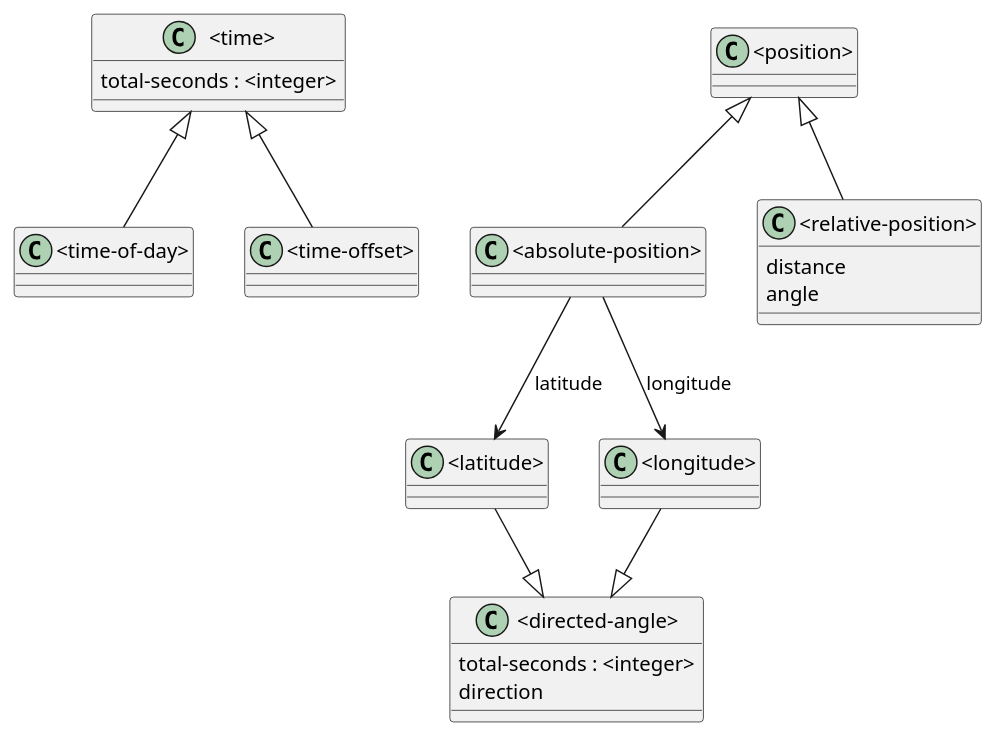
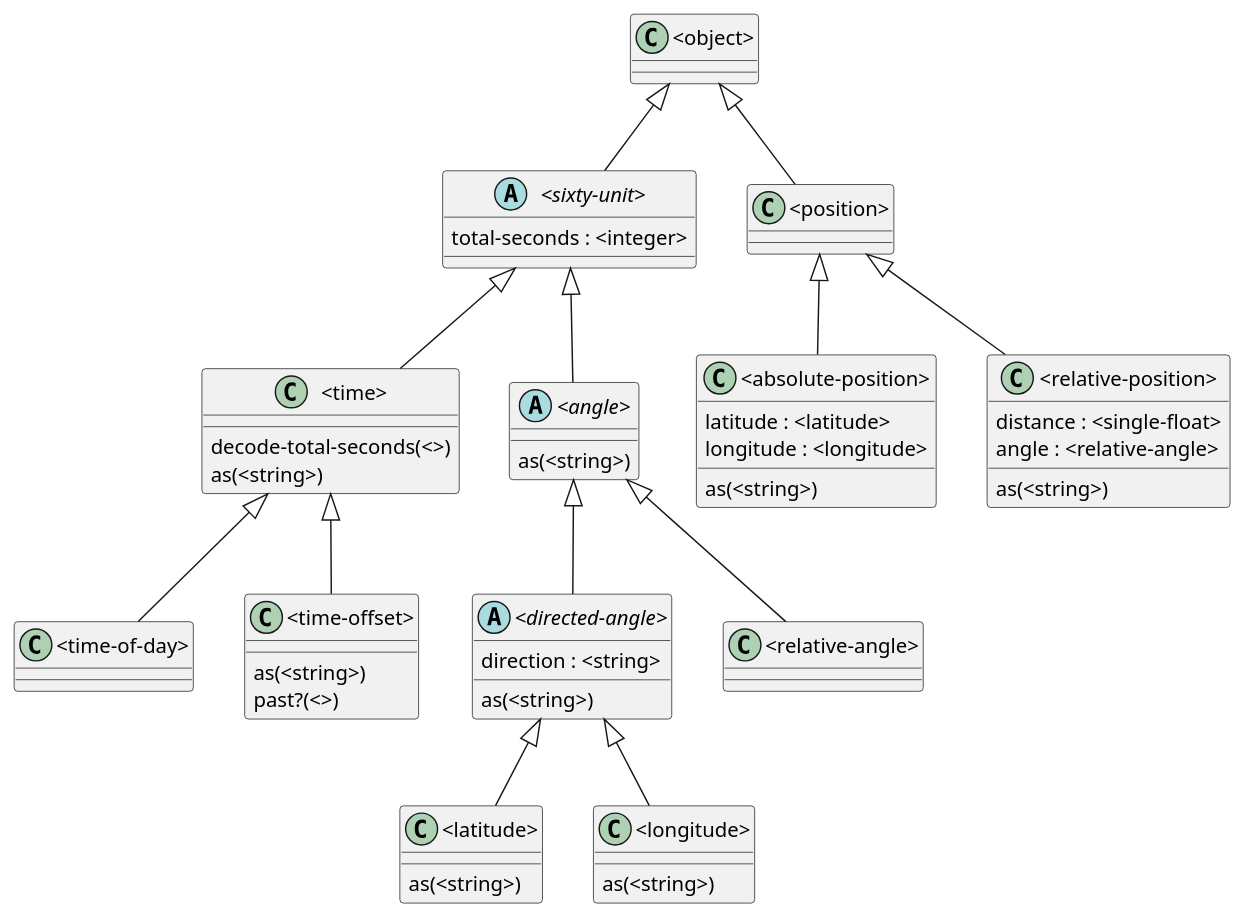
Before and after one commit to fraya/dylan-programming-book: the diagram in doc/class-diagram.plantuml, drawn with PlantUML. The commit also changed 1 other file, not shown here.

Commit message:
Update class diagram

```diff
--- a/doc/class-diagram.plantuml
+++ b/doc/class-diagram.plantuml
@@ -1,38 +1,48 @@
 @startuml
 
-class "<time>" {
-      total-seconds : <integer>
-}
-
+class "<object>"
+abstract "<sixty-unit>"
+class "<position>"
+class "<time>"
 class "<time-of-day>"
 class "<time-offset>"
-
-"<time>" <|-- "<time-of-day>"
-"<time>" <|-- "<time-offset>"
-
-class "<directed-angle>" {
-      total-seconds : <integer>
-      direction
-}
-
+abstract "<angle>"
+abstract "<directed-angle>"
+class "<relative-angle>"
 class "<latitude>"
 class "<longitude>"
+class "<absolute-position>"
+class "<relative-position>"
 
-"<latitude>"  --|> "<directed-angle>" 
-"<longitude>" --|> "<directed-angle>" 
+"<object>"         <|-- "<sixty-unit>"
+"<object>"         <|-- "<position>"
+"<sixty-unit>"     <|-- "<time>"
+"<sixty-unit>"     <|-- "<angle>"
+"<time>"           <|-- "<time-of-day>"
+"<time>"           <|-- "<time-offset>"
+"<angle>"          <|-- "<directed-angle>"
+"<angle>"          <|-- "<relative-angle>"
+"<directed-angle>" <|-- "<latitude>"
+"<directed-angle>" <|-- "<longitude>" 
+"<position>"       <|-- "<absolute-position>"
+"<position>"       <|-- "<relative-position>" 
 
-class "<position>"
-class "<absolute-position>"
+"<sixty-unit>" : total-seconds : <integer>
+"<directed-angle>" : direction : <string>
+"<absolute-position>" : latitude : <latitude>
+"<absolute-position>" : longitude : <longitude>
+"<relative-position>" : distance : <single-float>
+"<relative-position>" : angle : <relative-angle>
 
-class "<relative-position>" {
-      distance
-      angle
-}
-
-"<position>" <|-- "<absolute-position>"
-"<position>" <|-- "<relative-position>"
-
-"<absolute-position>" --> "<latitude>" : latitude
-"<absolute-position>" --> "<longitude>" : longitude
+"<angle>" : as(<string>)
+"<directed-angle>" : as(<string>)
+"<latitude>" : as(<string>)
+"<longitude>" : as(<string>)
+"<absolute-position>" : as(<string>)
+"<relative-position>" : as(<string>)
+"<time>" : decode-total-seconds(<>)
+"<time>" : as(<string>)
+"<time-offset>" : as(<string>)
+"<time-offset>" : past?(<>)
 
 @enduml
```
